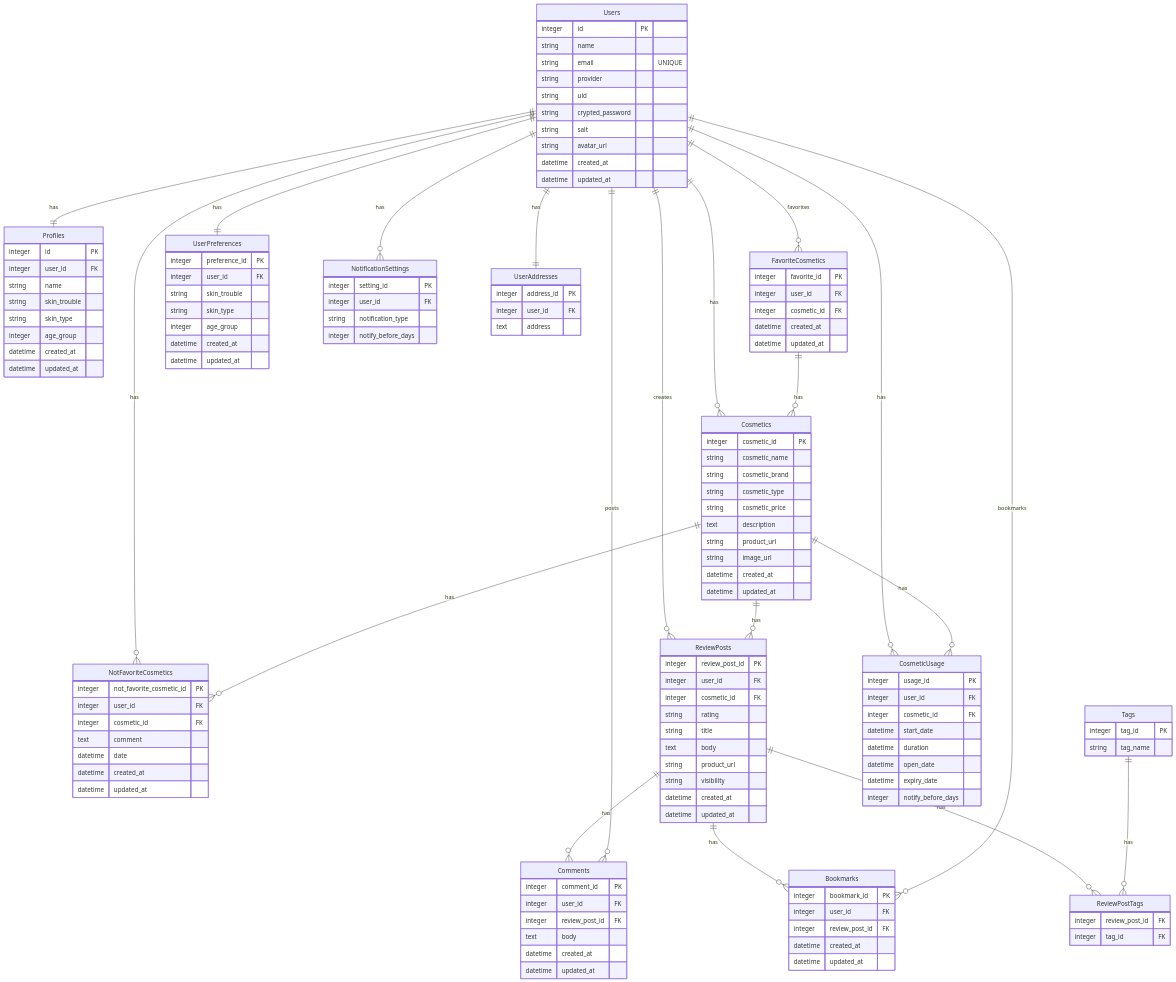
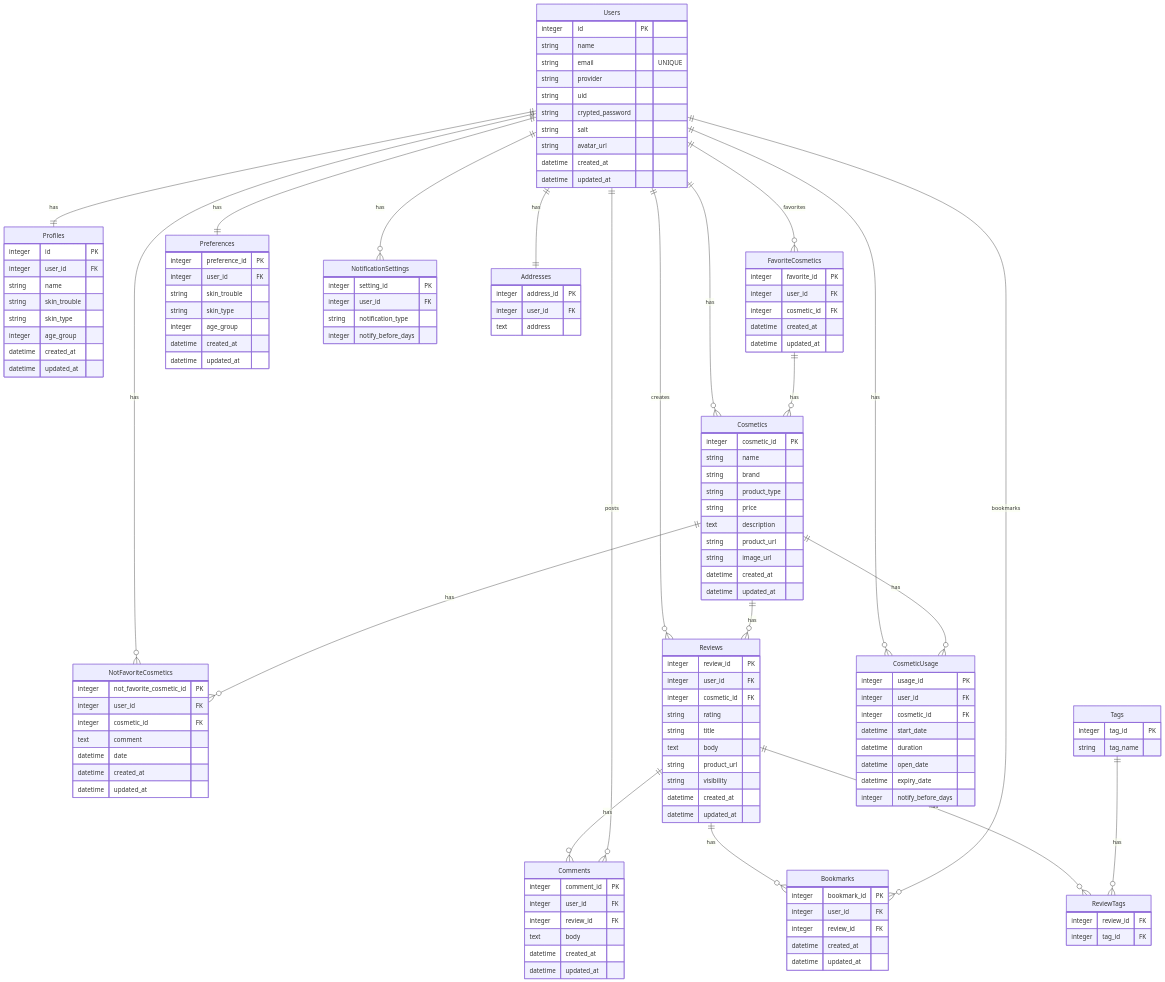
The diagram in README.md (rk0325/korecare), drawn with Mermaid before and after one commit.

Commit message:
ER図の修正 テーブル名とカラム名を一部修正

```diff
--- a/README.md
+++ b/README.md
@@ -6,23 +6,23 @@
 erDiagram
 Users ||--|| Profiles : has
 Users ||--o{ FavoriteCosmetics : favorites
-Users ||--|| UserPreferences : has
+Users ||--|| Preferences : has
 Users ||--o{ Cosmetics : has
 FavoriteCosmetics ||--o{ Cosmetics : has
 Users ||--o{ NotFavoriteCosmetics : has
 Cosmetics ||--o{ NotFavoriteCosmetics : has
-Users ||--o{ ReviewPosts : creates
-Cosmetics ||--o{ ReviewPosts : has
-ReviewPosts ||--o{ Comments : has
+Users ||--o{ Reviews : creates
+Cosmetics ||--o{ Reviews : has
+Reviews ||--o{ Comments : has
 Users ||--o{ Comments : posts
-ReviewPosts ||--o{ Bookmarks : has
+Reviews ||--o{ Bookmarks : has
 Users ||--o{ Bookmarks : bookmarks
-ReviewPosts ||--o{ ReviewPostTags : has
-Tags ||--o{ ReviewPostTags : has
+Reviews ||--o{ ReviewTags : has
+Tags ||--o{ ReviewTags : has
 Users ||--o{ CosmeticUsage : has
 Cosmetics ||--o{ CosmeticUsage : has
 Users ||--o{ NotificationSettings : has
-Users ||--|| UserAddresses : has
+Users ||--|| Addresses : has
 
 Users {
   integer id PK
@@ -56,7 +56,7 @@
   datetime updated_at
 }
 
-UserPreferences {
+Preferences {
   integer preference_id PK
   integer user_id FK
   string skin_trouble
@@ -68,10 +68,10 @@
 
 Cosmetics {
   integer cosmetic_id PK
-  string cosmetic_name
-  string cosmetic_brand
-  string cosmetic_type
-  string cosmetic_price
+  string name
+  string brand
+  string product_type
+  string price
   text description
   string product_url
   string image_url
@@ -89,8 +89,8 @@
   datetime updated_at
 }
 
-ReviewPosts {
-  integer review_post_id PK
+Reviews {
+  integer review_id PK
   integer user_id FK
   integer cosmetic_id FK
   string rating
@@ -105,7 +105,7 @@
 Comments {
   integer comment_id PK
   integer user_id FK
-  integer review_post_id FK
+  integer review_id FK
   text body
   datetime created_at
   datetime updated_at
@@ -114,7 +114,7 @@
 Bookmarks {
   integer bookmark_id PK
   integer user_id FK
-  integer review_post_id FK
+  integer review_id FK
   datetime created_at
   datetime updated_at
 }
@@ -124,8 +124,8 @@
   string tag_name
 }
 
-ReviewPostTags {
-  integer review_post_id FK
+ReviewTags {
+  integer review_id FK
   integer tag_id FK
 }
 
@@ -147,7 +147,7 @@
   integer notify_before_days
 }
 
-UserAddresses {
+Addresses {
   integer address_id PK
   integer user_id FK
   text address
```
